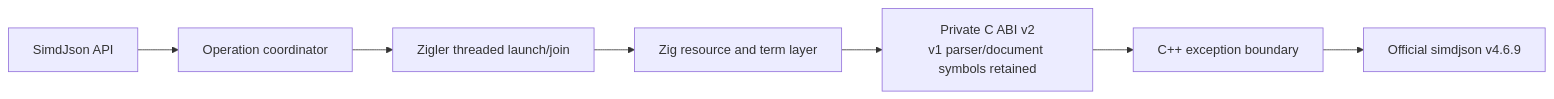
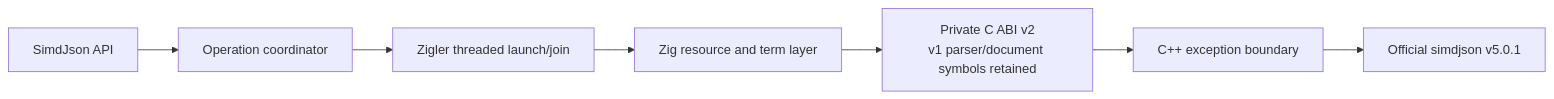
The first of 3 diagrams in docs/milestones/01-native-foundation-operations.md (pcharbon70/simd_json), drawn with Mermaid before and after one commit. The commit also changed other lines of this file and 36 other files, not shown here.

````diff
--- a/docs/milestones/01-native-foundation-operations.md
+++ b/docs/milestones/01-native-foundation-operations.md
@@ -92,9 +92,9 @@
 ```mermaid
 flowchart LR
     API[SimdJson API] --> Coordinator[Operation coordinator]
     Coordinator --> Zigler[Zigler threaded launch/join]
     Zigler --> Zig[Zig resource and term layer]
     Zig --> ABI[Private C ABI v2<br/>v1 parser/document symbols retained]
     ABI --> Shim[C++ exception boundary]
-    Shim --> SIMD[Official simdjson v4.6.9]
+    Shim --> SIMD[Official simdjson v5.0.1]
 ```
````
